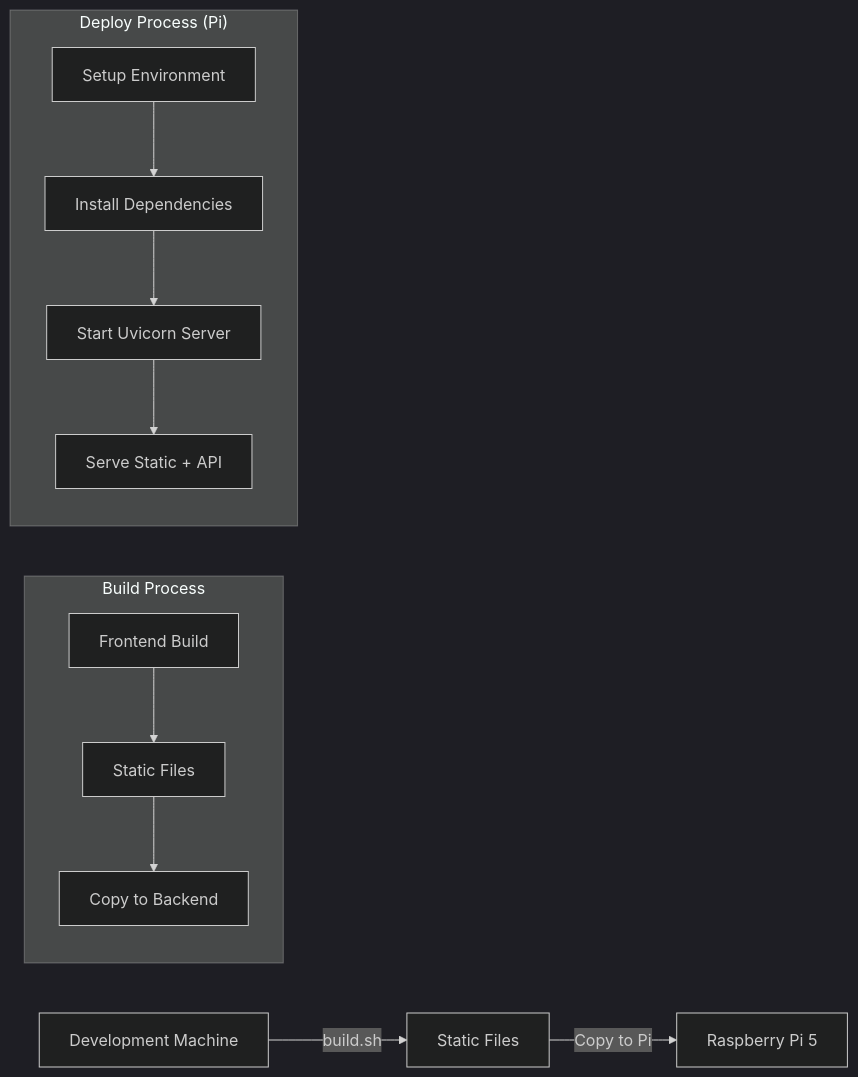
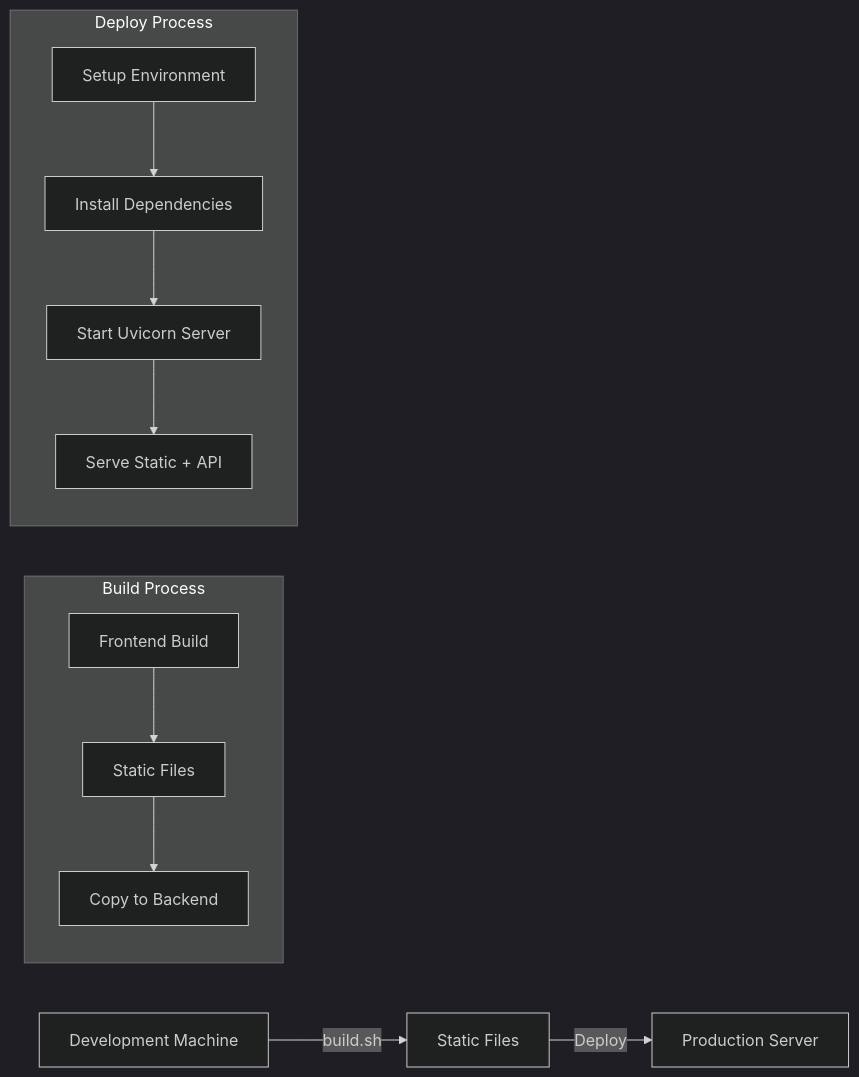
The fourth of 4 diagrams in README.md (justmeloic/flowgen), drawn with Mermaid (dark theme) before and after one commit. The commit also changed other lines of this file and 6 other files, not shown here.

````diff
--- a/README.md
+++ b/README.md
@@ -354,16 +353,16 @@
 ```mermaid
 graph LR
     A[Development Machine] -->|build.sh| B[Static Files]
-    B -->|Copy to Pi| C[Raspberry Pi 5]
+    B -->|Deploy| C[Production Server]
 
     subgraph "Build Process"
         A1[Frontend Build] --> A2[Static Files]
         A2 --> A3[Copy to Backend]
     end
 
-    subgraph "Deploy Process (Pi)"
+    subgraph "Deploy Process"
         C1[Setup Environment] --> C2[Install Dependencies]
         C2 --> C3[Start Uvicorn Server]
         C3 --> C4[Serve Static + API]
     end
 ```
````
